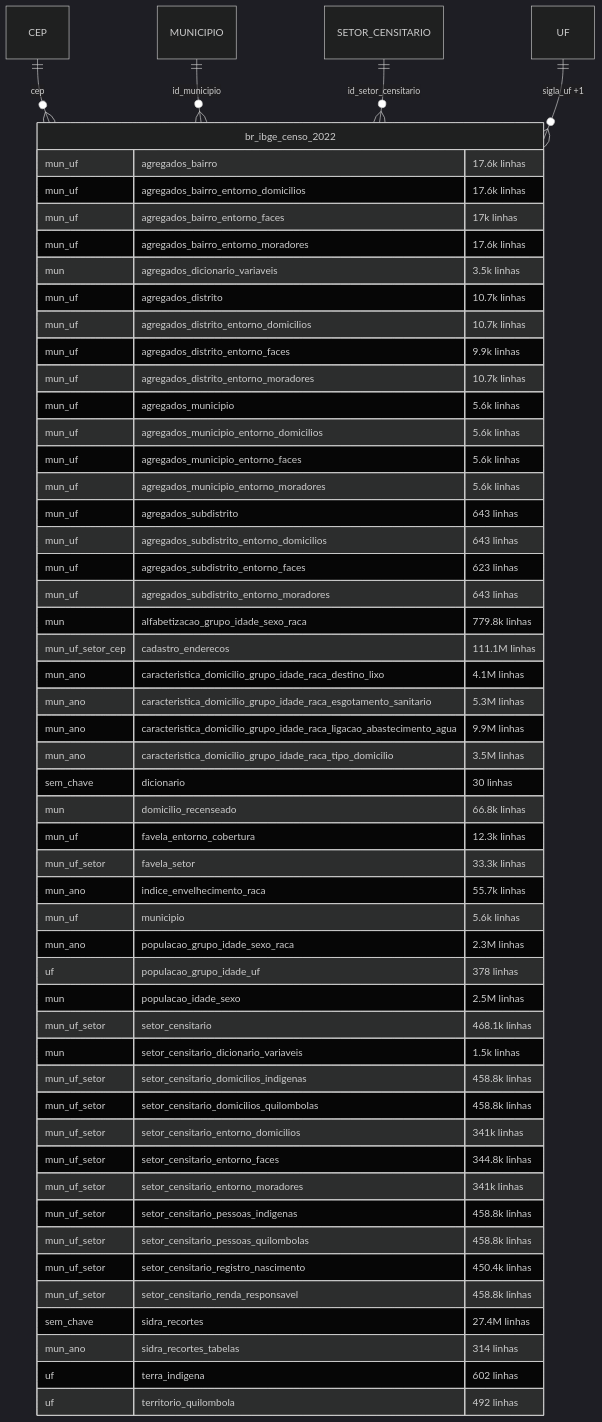
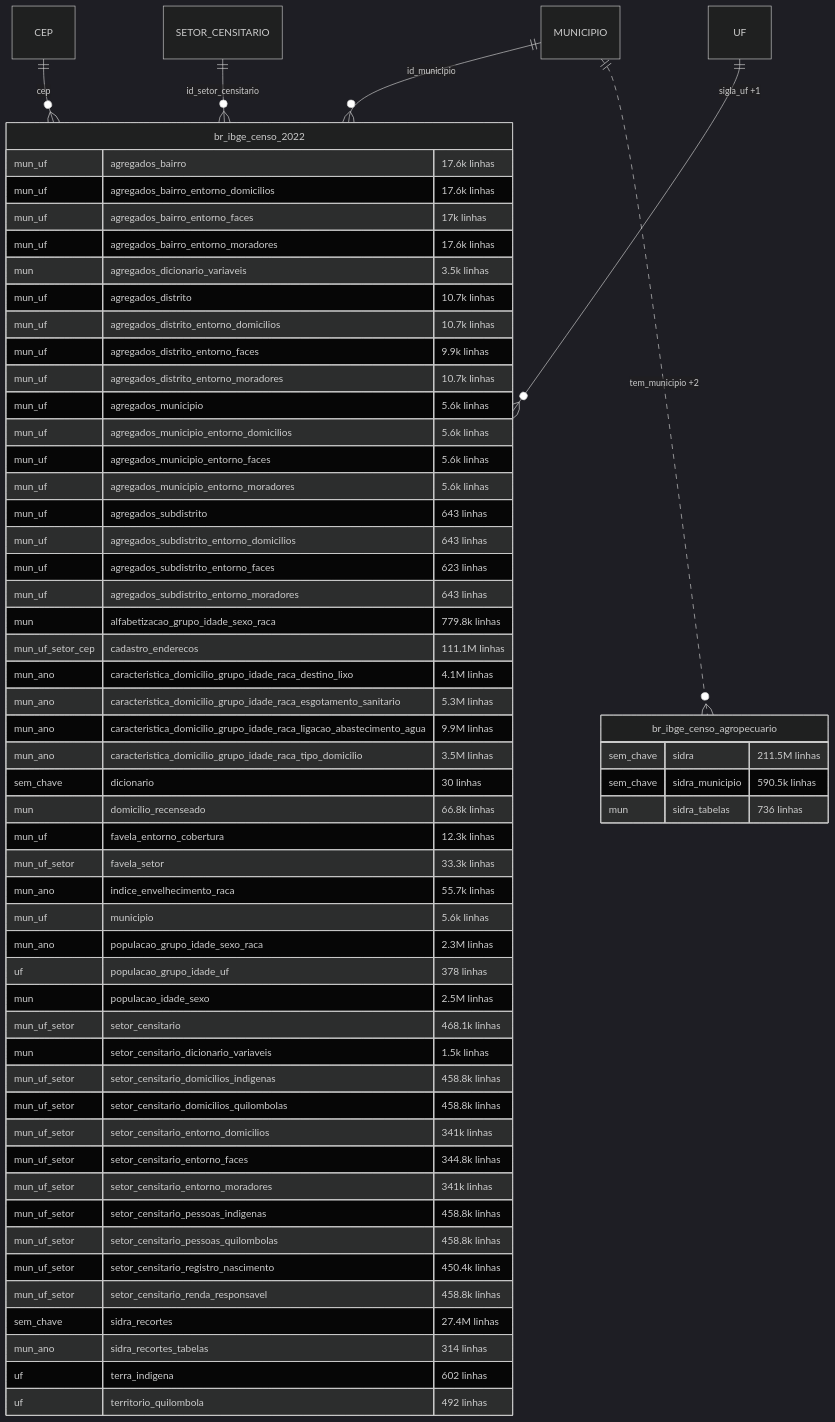
Before and after one commit to rafapolo/rodado: diagram 27 of 37 in docs/mapa/ERD.md, drawn with Mermaid (dark theme). The commit also changed other lines of this file and 39 other files, not shown here.

Commit message:
feat: coleta pelo pouso do finland, aplica no beelink e regen com 1.726 tabelas e 35,65 bi de linhas

````diff
--- a/docs/mapa/ERD.md
+++ b/docs/mapa/ERD.md
@@ -2228,56 +2380,62 @@
 ```mermaid
 erDiagram
     CEP ||--o{ br_ibge_censo_2022 : "cep"
     MUNICIPIO ||--o{ br_ibge_censo_2022 : "id_municipio"
     SETOR_CENSITARIO ||--o{ br_ibge_censo_2022 : "id_setor_censitario"
     UF ||--o{ br_ibge_censo_2022 : "sigla_uf +1"
+    MUNICIPIO ||..o{ br_ibge_censo_agropecuario : "tem_municipio +2"
     br_ibge_censo_2022 {
         mun_uf agregados_bairro "17.6k linhas"
         mun_uf agregados_bairro_entorno_domicilios "17.6k linhas"
         mun_uf agregados_bairro_entorno_faces "17k linhas"
         mun_uf agregados_bairro_entorno_moradores "17.6k linhas"
         mun agregados_dicionario_variaveis "3.5k linhas"
         mun_uf agregados_distrito "10.7k linhas"
         mun_uf agregados_distrito_entorno_domicilios "10.7k linhas"
         mun_uf agregados_distrito_entorno_faces "9.9k linhas"
         mun_uf agregados_distrito_entorno_moradores "10.7k linhas"
         mun_uf agregados_municipio "5.6k linhas"
         mun_uf agregados_municipio_entorno_domicilios "5.6k linhas"
         mun_uf agregados_municipio_entorno_faces "5.6k linhas"
         mun_uf agregados_municipio_entorno_moradores "5.6k linhas"
         mun_uf agregados_subdistrito "643 linhas"
         mun_uf agregados_subdistrito_entorno_domicilios "643 linhas"
         mun_uf agregados_subdistrito_entorno_faces "623 linhas"
         mun_uf agregados_subdistrito_entorno_moradores "643 linhas"
         mun alfabetizacao_grupo_idade_sexo_raca "779.8k linhas"
         mun_uf_setor_cep cadastro_enderecos "111.1M linhas"
         mun_ano caracteristica_domicilio_grupo_idade_raca_destino_lixo "4.1M linhas"
         mun_ano caracteristica_domicilio_grupo_idade_raca_esgotamento_sanitario "5.3M linhas"
         mun_ano caracteristica_domicilio_grupo_idade_raca_ligacao_abastecimento_agua "9.9M linhas"
         mun_ano caracteristica_domicilio_grupo_idade_raca_tipo_domicilio "3.5M linhas"
         sem_chave dicionario "30 linhas"
         mun domicilio_recenseado "66.8k linhas"
         mun_uf favela_entorno_cobertura "12.3k linhas"
         mun_uf_setor favela_setor "33.3k linhas"
         mun_ano indice_envelhecimento_raca "55.7k linhas"
         mun_uf municipio "5.6k linhas"
         mun_ano populacao_grupo_idade_sexo_raca "2.3M linhas"
         uf populacao_grupo_idade_uf "378 linhas"
         mun populacao_idade_sexo "2.5M linhas"
         mun_uf_setor setor_censitario "468.1k linhas"
         mun setor_censitario_dicionario_variaveis "1.5k linhas"
         mun_uf_setor setor_censitario_domicilios_indigenas "458.8k linhas"
         mun_uf_setor setor_censitario_domicilios_quilombolas "458.8k linhas"
         mun_uf_setor setor_censitario_entorno_domicilios "341k linhas"
         mun_uf_setor setor_censitario_entorno_faces "344.8k linhas"
         mun_uf_setor setor_censitario_entorno_moradores "341k linhas"
         mun_uf_setor setor_censitario_pessoas_indigenas "458.8k linhas"
         mun_uf_setor setor_censitario_pessoas_quilombolas "458.8k linhas"
         mun_uf_setor setor_censitario_registro_nascimento "450.4k linhas"
         mun_uf_setor setor_censitario_renda_responsavel "458.8k linhas"
         sem_chave sidra_recortes "27.4M linhas"
         mun_ano sidra_recortes_tabelas "314 linhas"
         uf terra_indigena "602 linhas"
         uf territorio_quilombola "492 linhas"
     }
+    br_ibge_censo_agropecuario {
+        sem_chave sidra "211.5M linhas"
+        sem_chave sidra_municipio "590.5k linhas"
+        mun sidra_tabelas "736 linhas"
+    }
 ```
````
